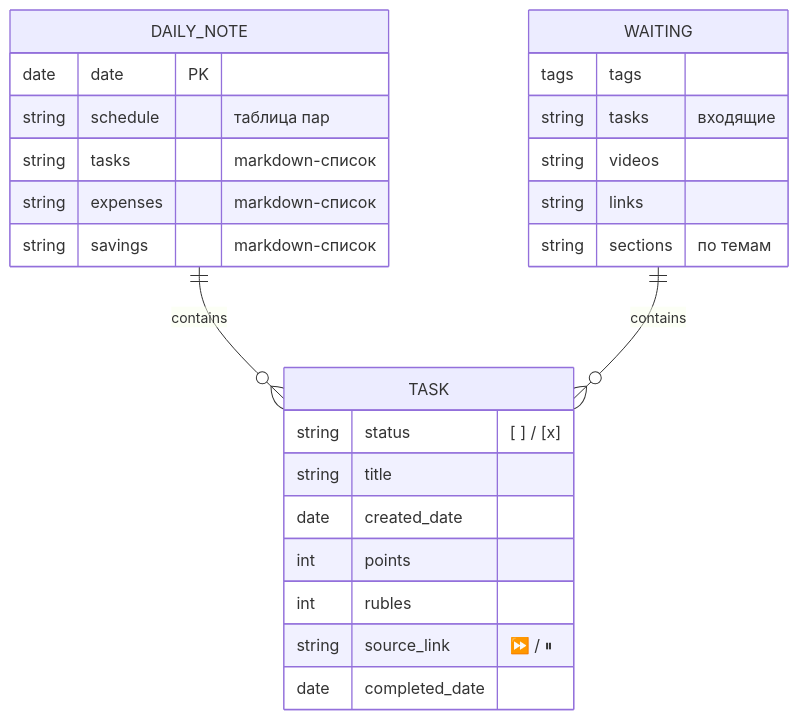
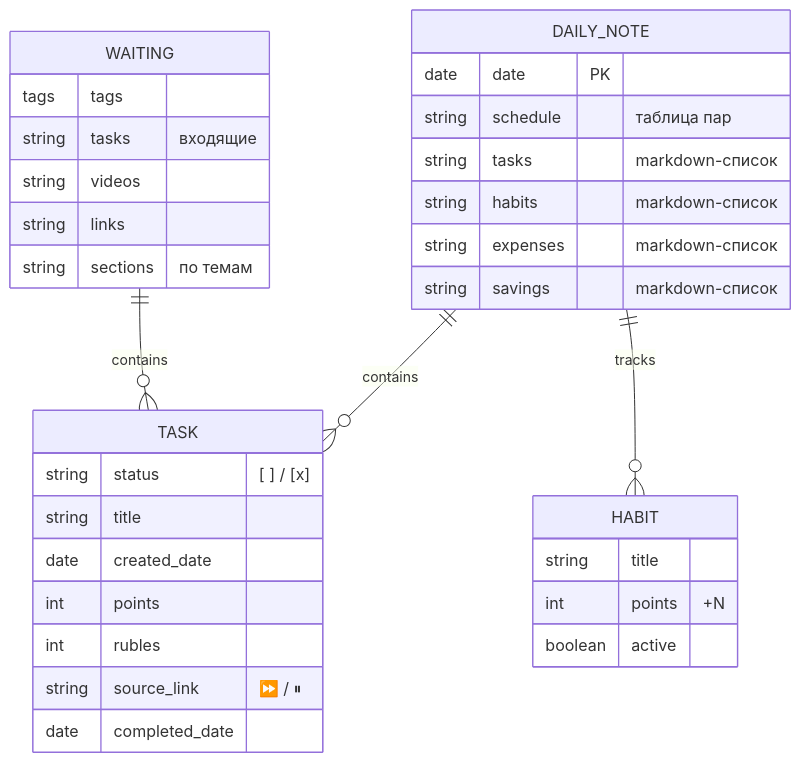
One commit to smeryse/Knowledge-Base changed the diagram in Projects/Рабочий стол/Docs/Schema.md. Above: the diagram before and after it, drawn with Mermaid. The commit also changed other lines of this file and 11 other files, not shown here.

````diff
--- a/Projects/Рабочий стол/Docs/Schema.md
+++ b/Projects/Рабочий стол/Docs/Schema.md
@@ -69,31 +72,39 @@
 ```mermaid
 erDiagram
     DAILY_NOTE {
         date date PK
         string schedule "таблица пар"
         string tasks "markdown-список"
+        string habits "markdown-список"
         string expenses "markdown-список"
         string savings "markdown-список"
     }
 
     TASK {
         string status "[ ] / [x]"
         string title
         date created_date
         int points
         int rubles
         string source_link "⏩ / ⏸"
         date completed_date
     }
 
+    HABIT {
+        string title
+        int points "+N"
+        boolean active
+    }
+
     WAITING {
         tags tags
         string tasks "входящие"
         string videos
         string links
         string sections "по темам"
     }
 
     DAILY_NOTE ||--o{ TASK : contains
+    DAILY_NOTE ||--o{ HABIT : tracks
     WAITING ||--o{ TASK : contains
 ```
````
